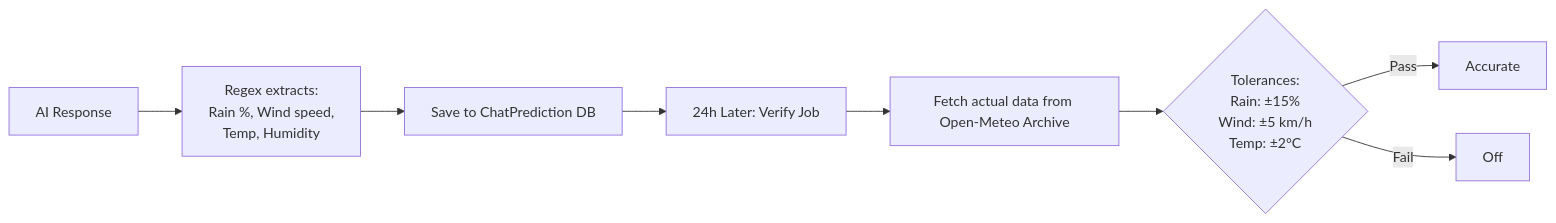
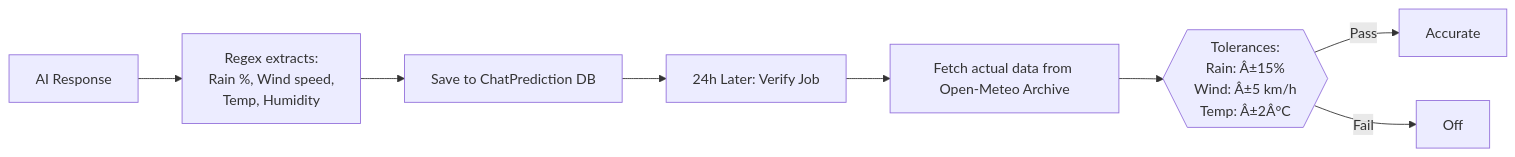
The eighth of 9 diagrams in README.md (omcodes16/make-to-win), drawn with Mermaid before and after one commit. The commit also changed other lines of this file and 32 other files, not shown here.

Commit message:
feat: add saved chats, accuracy sidebar, NWP visualizer; update README with full website flowchart & feature docs

````diff
--- a/README.md
+++ b/README.md
@@ -244,12 +405,12 @@
 ```mermaid
 flowchart LR
     Answer["AI Response"] --> Extract["Regex extracts:\nRain %, Wind speed,\nTemp, Humidity"]
     Extract --> Log["Save to ChatPrediction DB"]
-    
+
     Log --> NextDay["24h Later: Verify Job"]
     NextDay --> OMArchive["Fetch actual data from Open-Meteo Archive"]
-    
-    OMArchive --> Compare{"Tolerances:\nRain: ±15%\nWind: ±5 km/h\nTemp: ±2°C"}
+
+    OMArchive --> Compare{{"Tolerances:\nRain: Â±15%\nWind: Â±5 km/h\nTemp: Â±2Â°C"}}
     Compare -->|Pass| Acc["Accurate"]
     Compare -->|Fail| Off["Off"]
 ```
````
